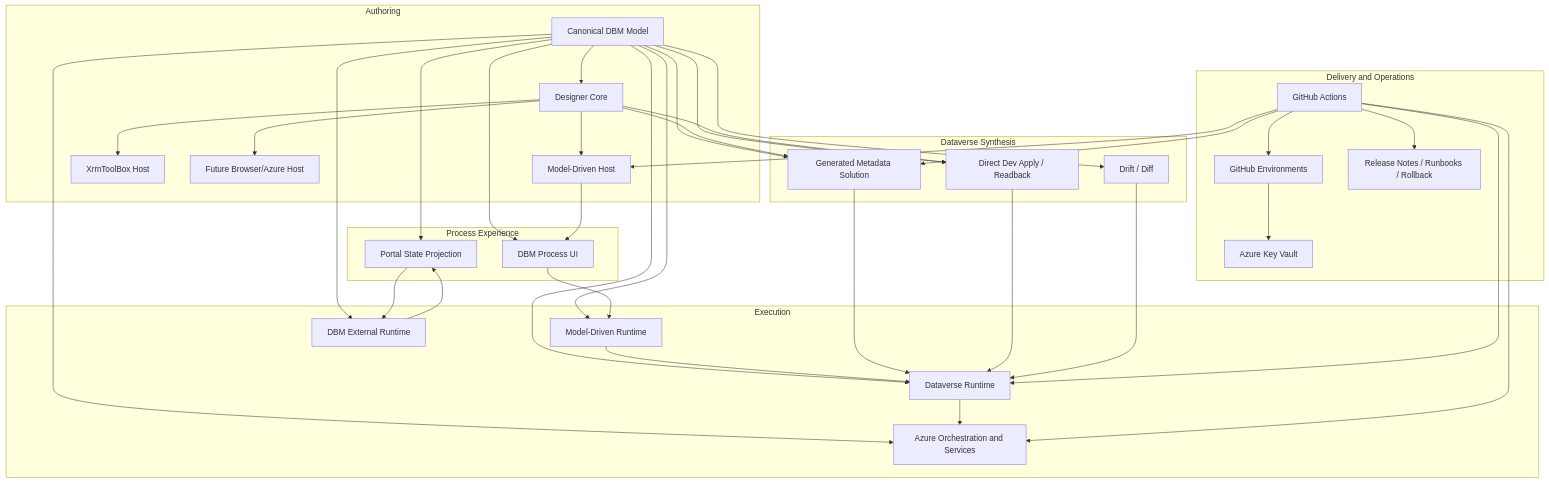
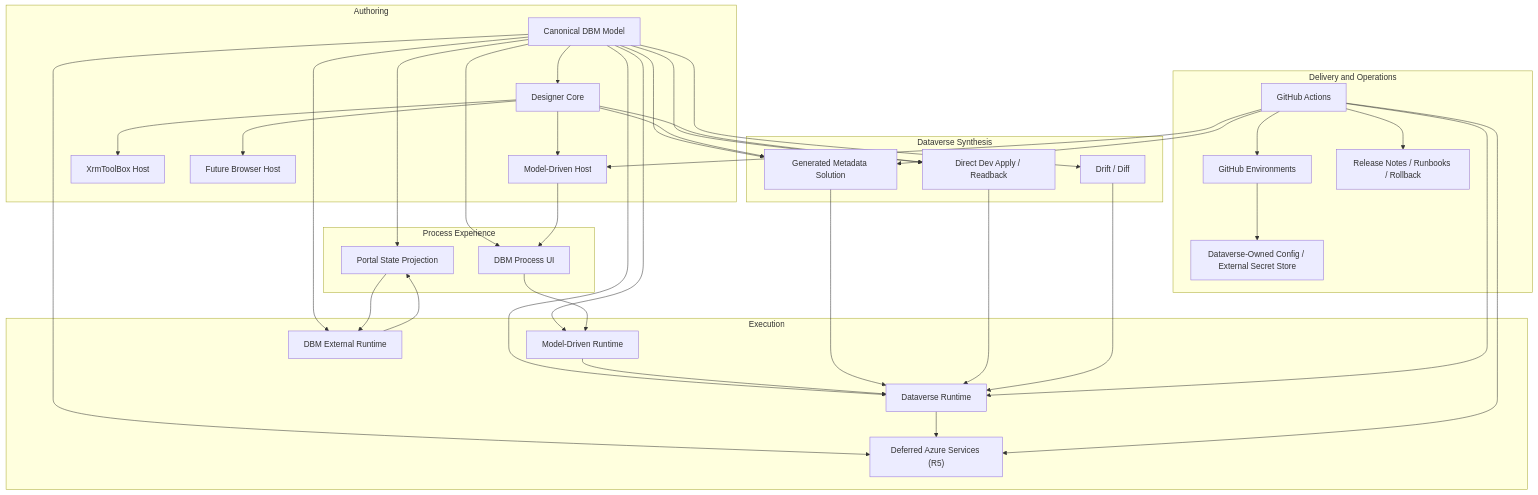
The diagram in docs/architecture/target-platform-architecture.md (yagasoft/Dynamics-BusinessMachine), drawn with Mermaid before and after one commit. The commit also changed other lines of this file and 14 other files, not shown here.

Commit message:
docs: reset roadmap to Dataverse-first direction

````diff
--- a/docs/architecture/target-platform-architecture.md
+++ b/docs/architecture/target-platform-architecture.md
@@ -178,67 +178,67 @@
 ```mermaid
 flowchart TB
     subgraph Authoring["Authoring"]
         A["Canonical DBM Model"]
         B["Designer Core"]
         C["Model-Driven Host"]
         D["XrmToolBox Host"]
-        E["Future Browser/Azure Host"]
+        E["Future Browser Host"]
     end
 
     subgraph Experience["Process Experience"]
         F["DBM Process UI"]
         G["Portal State Projection"]
     end
 
     subgraph Runtime["Execution"]
         H["Model-Driven Runtime"]
         I["Dataverse Runtime"]
-        J["Azure Orchestration and Services"]
+        J["Deferred Azure Services (R5)"]
         K["DBM External Runtime"]
     end
 
     subgraph Delivery["Delivery and Operations"]
         L["GitHub Actions"]
         M["GitHub Environments"]
-        N["Azure Key Vault"]
+        N["Dataverse-Owned Config / External Secret Store"]
         O["Release Notes / Runbooks / Rollback"]
     end
 
     subgraph Synthesis["Dataverse Synthesis"]
         P["Direct Dev Apply / Readback"]
         Q["Generated Metadata Solution"]
         R["Drift / Diff"]
     end
 
     A --> B
     B --> C
     B --> D
     B --> E
     A --> F
     A --> G
     A --> H
     A --> I
     A --> J
     A --> K
     C --> F
     K --> G
     F --> H
     G --> K
     H --> I
     I --> J
     A --> P
     A --> Q
     A --> R
     B --> P
     B --> Q
     Q --> I
     P --> I
     R --> I
     L --> M
     M --> N
     L --> O
     L --> C
     L --> I
     L --> J
     L --> Q
 ```
````
